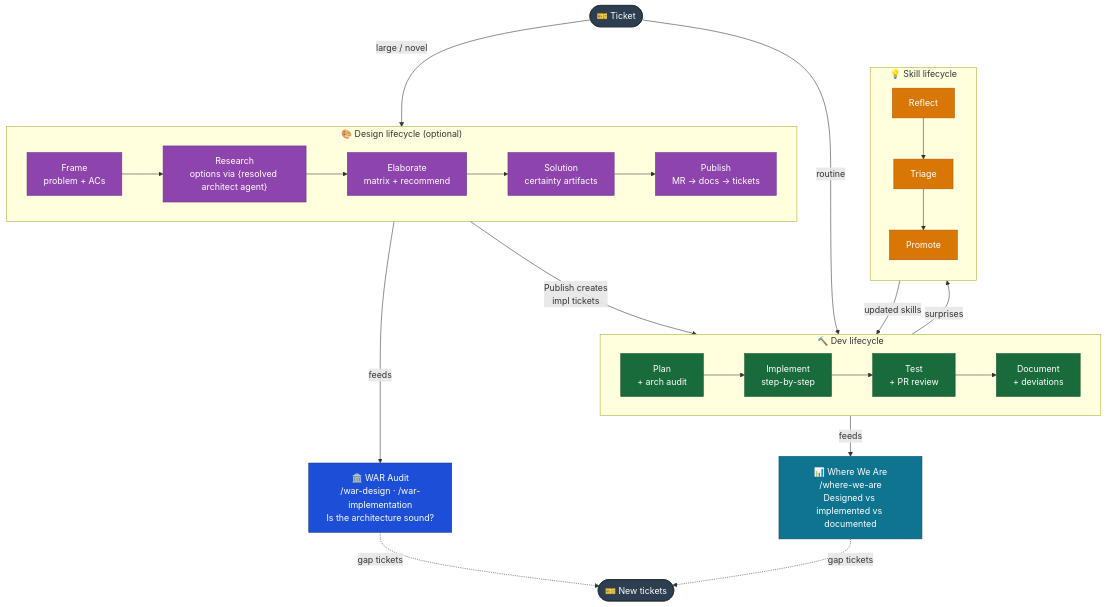
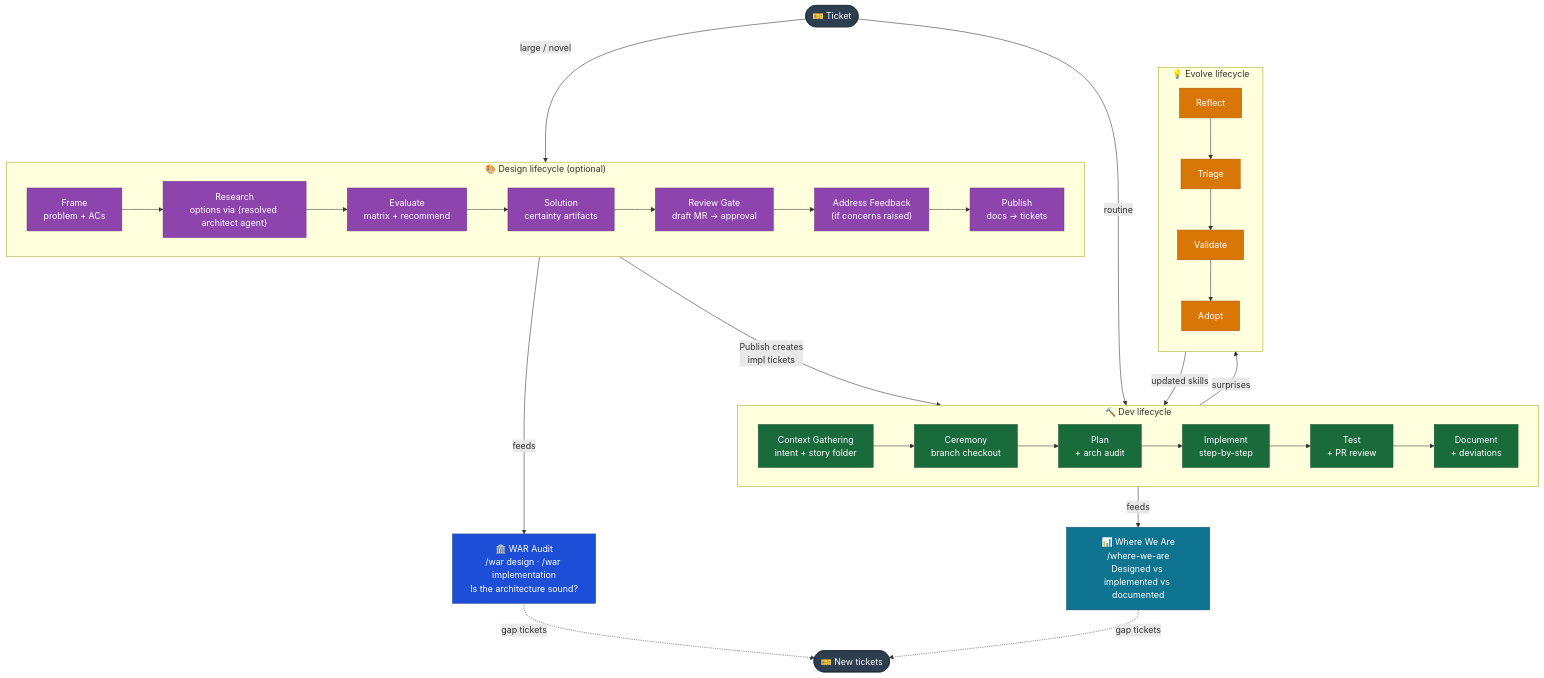
Before and after one commit to DataArt/adlc-discovery-tool: the diagram in docs/Engineering Guide/Lifecycles/00 Overview.md, drawn with Mermaid. The commit also changed other lines of this file and 948 other files, not shown here.

````diff
--- a/docs/Engineering Guide/Lifecycles/00 Overview.md
+++ b/docs/Engineering Guide/Lifecycles/00 Overview.md
@@ -50,40 +50,40 @@
 ```mermaid
 flowchart TB
     TICKET(["🎫 Ticket"]):::ticket
 
     subgraph DESIGN ["  🎨 Design lifecycle (optional)  "]
         direction LR
-        D1["Frame\nproblem + ACs"]:::design --> D2["Research\noptions via {resolved architect agent}"]:::design --> D3["Elaborate\nmatrix + recommend"]:::design --> D4["Solution\ncertainty artifacts"]:::design --> D5["Publish\nMR → docs → tickets"]:::design
+        D1["Frame\nproblem + ACs"]:::design --> D2["Research\noptions via {resolved architect agent}"]:::design --> D3["Evaluate\nmatrix + recommend"]:::design --> D4["Solution\ncertainty artifacts"]:::design --> D5["Review Gate\ndraft MR → approval"]:::design --> D6["Address Feedback\n(if concerns raised)"]:::design --> D7["Publish\ndocs → tickets"]:::design
     end
 
     subgraph DEV ["  🔨 Dev lifecycle  "]
         direction LR
-        V1["Plan\n+ arch audit"]:::dev --> V2["Implement\nstep-by-step"]:::dev --> V3["Test\n+ PR review"]:::dev --> V4["Document\n+ deviations"]:::dev
+        V0["Context Gathering\nintent + story folder"]:::dev --> V0b["Ceremony\nbranch checkout"]:::dev --> V1["Plan\n+ arch audit"]:::dev --> V2["Implement\nstep-by-step"]:::dev --> V3["Test\n+ PR review"]:::dev --> V4["Document\n+ deviations"]:::dev
     end
 
-    subgraph SKILL ["  💡 Skill lifecycle  "]
+    subgraph EVOLVE ["  💡 Evolve lifecycle  "]
         direction TB
-        S1["Reflect"]:::skill --> S2["Triage"]:::skill --> S3["Promote"]:::skill
+        S1["Reflect"]:::skill --> S2["Triage"]:::skill --> SV["Validate"]:::skill --> S3["Adopt"]:::skill
     end
 
-    WAR["🏛️ WAR Audit\n/war-design · /war-implementation\nIs the architecture sound?"]:::war
+    WAR["🏛️ WAR Audit\n/war design · /war implementation\nIs the architecture sound?"]:::war
     WWA["📊 Where We Are\n/where-we-are\nDesigned vs implemented vs documented"]:::wwa
 
     TICKET -->|"large / novel"| DESIGN
     DESIGN -->|"Publish creates\nimpl tickets"| DEV
     TICKET -->|"routine"| DEV
     DESIGN -->|"feeds"| WAR
     DEV -->|"feeds"| WWA
     DEV -->|"surprises"| S1
     S3 -->|"updated skills"| DEV
     TICKET2(["🎫 New tickets"]):::ticket
     WAR -.->|"gap tickets"| TICKET2
     WWA -.->|"gap tickets"| TICKET2
 
     classDef ticket  fill:#2C3E50,stroke:#1A252F,color:#fff
     classDef design  fill:#8E44AD,stroke:#6C3483,color:#fff
     classDef dev     fill:#1A6B3C,stroke:#14532d,color:#fff
     classDef skill   fill:#D97706,stroke:#B45309,color:#fff
     classDef war     fill:#1D4ED8,stroke:#1e3a8a,color:#fff
     classDef wwa     fill:#0E7490,stroke:#0c4a6e,color:#fff
 ```
````
